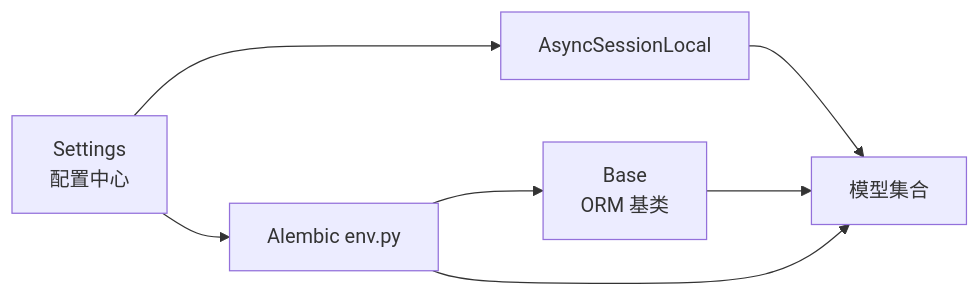
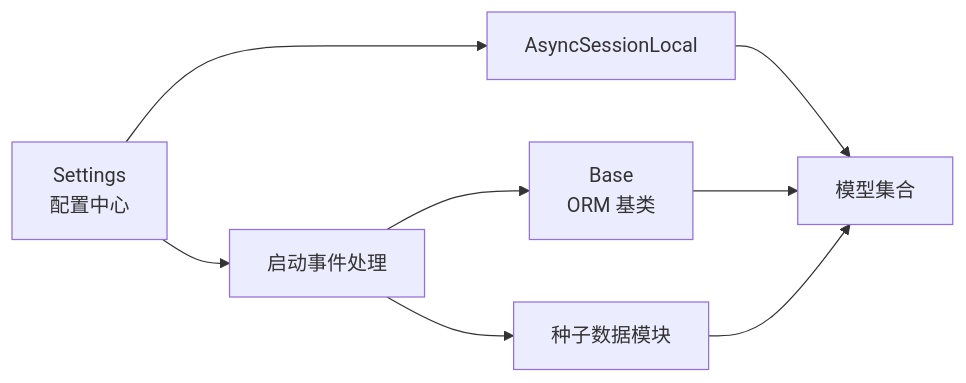
Before and after one commit to Miyuan2018/ruicheng-edu-system: the sixth of 6 diagrams in .qoder/repowiki/zh/content/后端系统架构/数据库ORM设计.md, drawn with Mermaid. The commit also changed other lines of this file and 4 other files, not shown here.

````diff
--- a/.qoder/repowiki/zh/content/后端系统架构/数据库ORM设计.md
+++ b/.qoder/repowiki/zh/content/后端系统架构/数据库ORM设计.md
@@ -412,9 +425,10 @@
 ```mermaid
 graph LR
 Config["Settings<br/>配置中心"] --> Session["AsyncSessionLocal"]
-Config --> Env["Alembic env.py"]
+Config --> Startup["启动事件处理"]
 Base["Base<br/>ORM 基类"] --> Models["模型集合"]
 Session --> Models
-Env --> Base
-Env --> Models
+Startup --> Base
+Startup --> SeedModules["种子数据模块"]
+SeedModules --> Models
 ```
````
